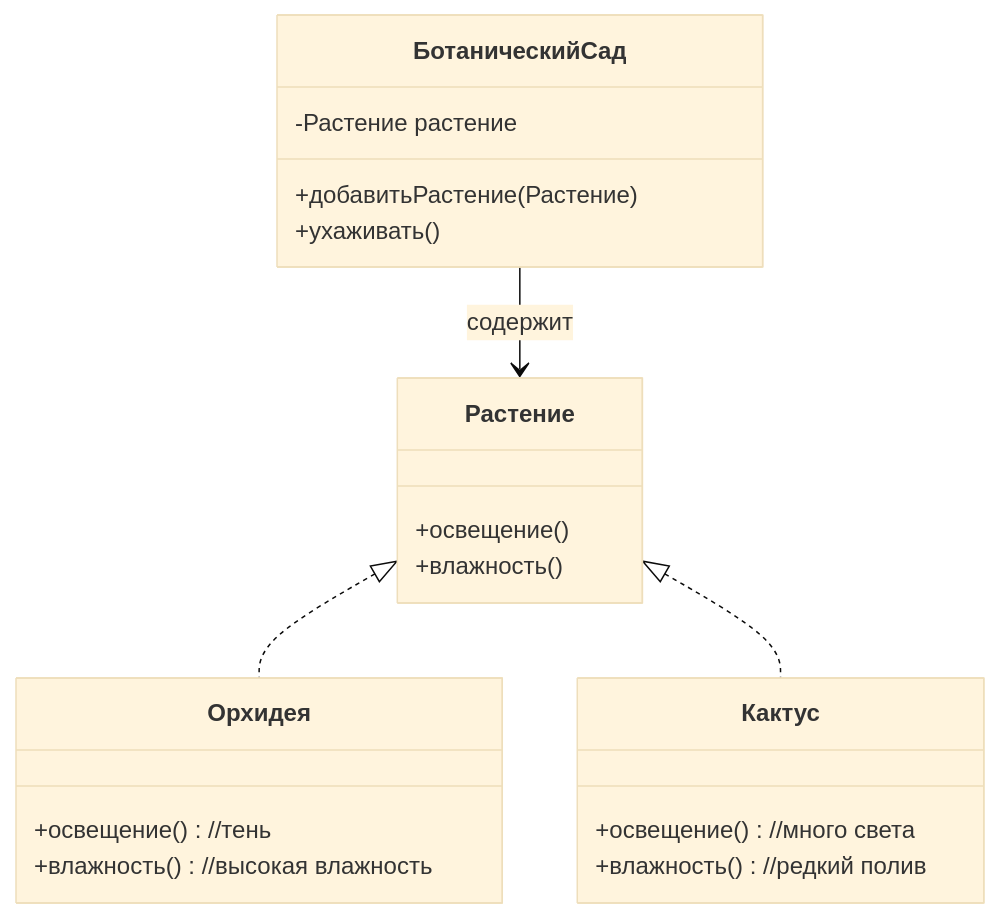
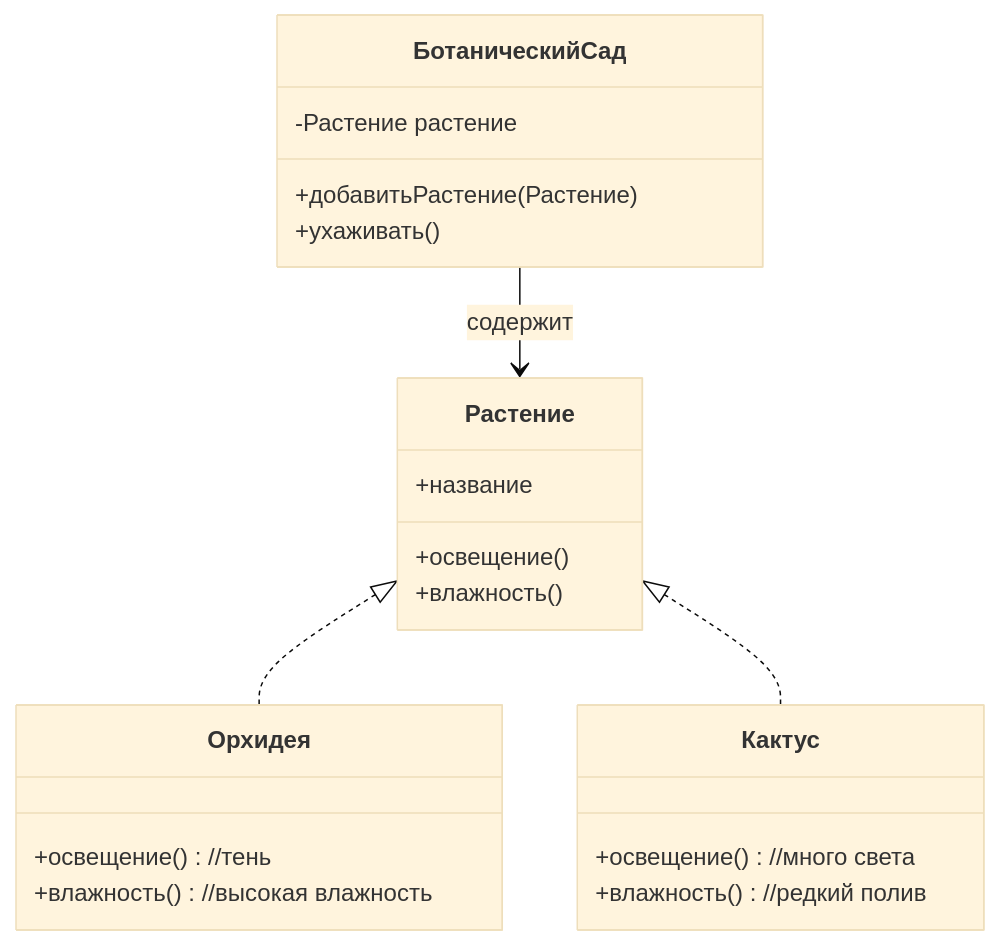
One commit to Metaf-x/03.04-General-OOP changed the sixth of 8 diagrams in README.md. Above: the diagram before and after it, drawn with Mermaid (base theme). The commit also changed other lines of this file, not shown here.

````diff
--- a/README.md
+++ b/README.md
@@ -270,23 +260,24 @@
 ```mermaid
 classDiagram
 	БотаническийСад --> Растение : содержит
 	Растение <|.. Орхидея
 	Растение <|.. Кактус
 	class БотаническийСад {
 		-Растение растение
 		+добавитьРастение(Растение)
 		+ухаживать()	
 	}
 	class Растение {
+		+название
 		+освещение()
 		+влажность()
 	}
 	class Орхидея {
 		+освещение() //тень
 		+влажность() //высокая влажность
 	}
 	class Кактус {
 		+освещение() //много света
 		+влажность() //редкий полив
 	}
 ```
````
